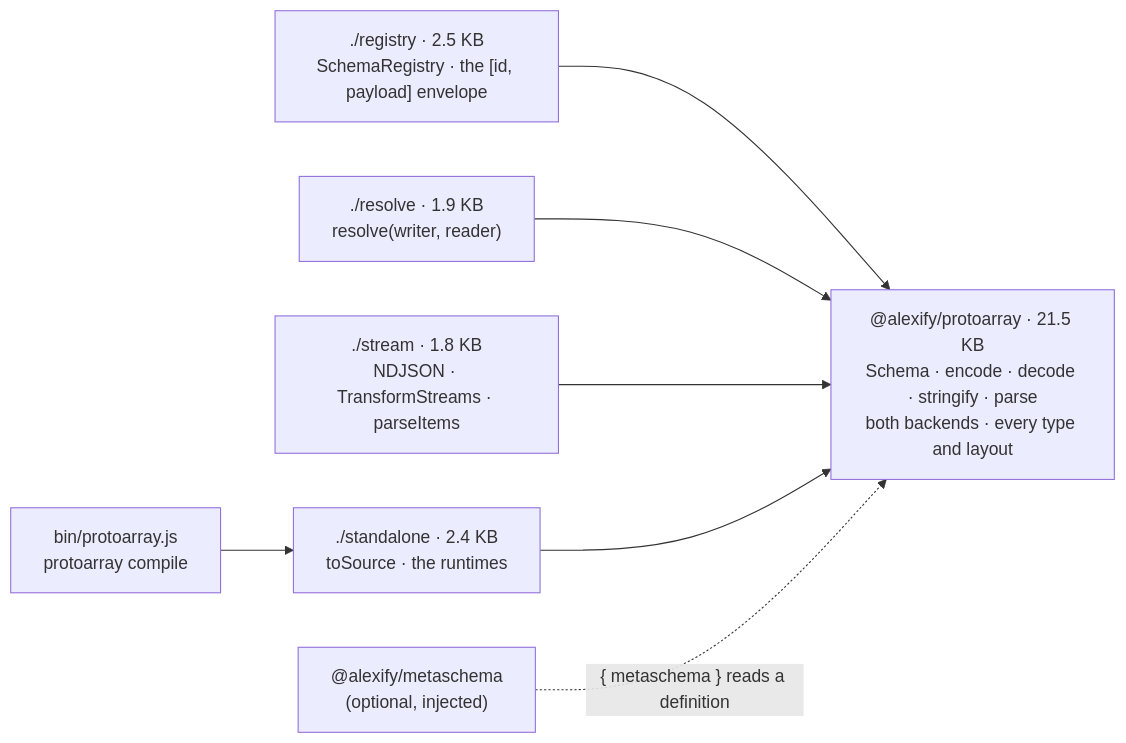
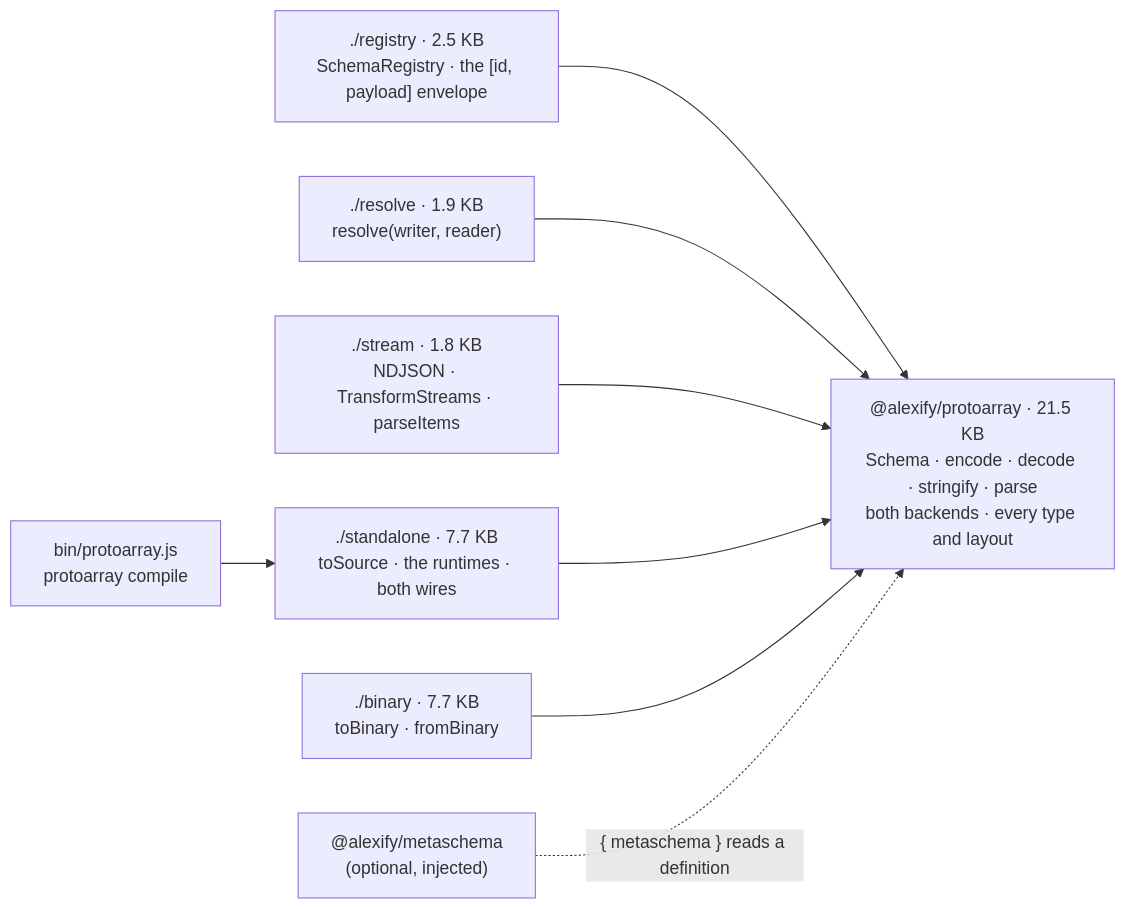
Before and after one commit to Alexis-Technologies/protoarray: the second of 8 diagrams in docs/guide/architecture.md, drawn with Mermaid. The commit also changed 19 other files, not shown here.

````diff
--- a/docs/guide/architecture.md
+++ b/docs/guide/architecture.md
@@ -36,10 +36,11 @@
 ```mermaid
 flowchart LR
     REG["./registry · 2.5 KB<br/>SchemaRegistry · the [id, payload] envelope"] --> CORE
     RES["./resolve · 1.9 KB<br/>resolve(writer, reader)"] --> CORE
     STR["./stream · 1.8 KB<br/>NDJSON · TransformStreams · parseItems"] --> CORE
-    STA["./standalone · 2.4 KB<br/>toSource · the runtimes"] --> CORE
+    STA["./standalone · 7.7 KB<br/>toSource · the runtimes · both wires"] --> CORE
+    BIN["./binary · 7.7 KB<br/>toBinary · fromBinary"] --> CORE
     CLI["bin/protoarray.js<br/>protoarray compile"] --> STA
     CORE["@alexify/protoarray · 21.5 KB<br/>Schema · encode · decode · stringify · parse<br/>both backends · every type and layout"]
     MS["@alexify/metaschema<br/>(optional, injected)"] -.->|"{ metaschema } reads a definition"| CORE
 ```
````
